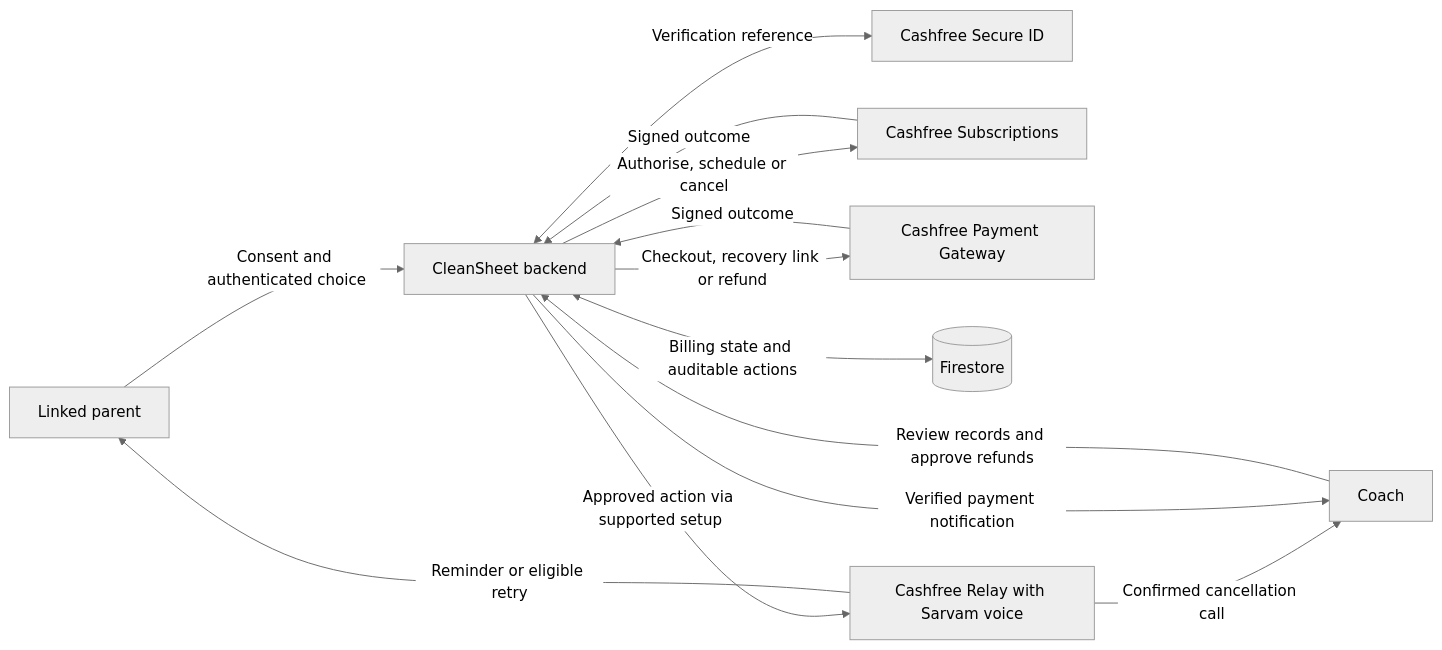
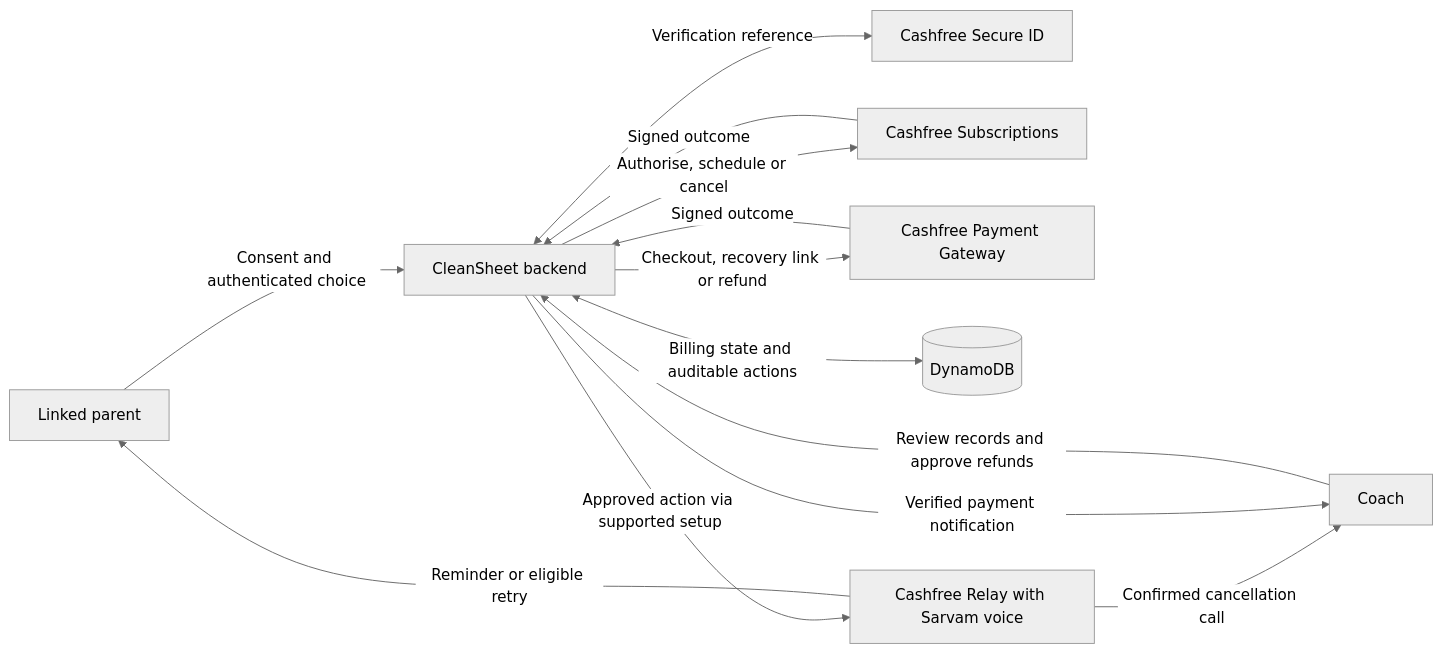
The first of 3 diagrams in docs/ARCHITECTURE.md (Srikanth-2004/Cleansheet), drawn with Mermaid (neutral theme) before and after one commit. The commit also changed other lines of this file and 34 other files, not shown here.

````diff
--- a/docs/ARCHITECTURE.md
+++ b/docs/ARCHITECTURE.md
@@ -7,15 +7,15 @@
 ```mermaid
 flowchart LR
     Parent["Linked parent"] -->|Consent and authenticated choice| App["CleanSheet backend"]
     Coach["Coach"] -->|Review records and approve refunds| App
     App <-->|Verification reference| Secure["Cashfree Secure ID"]
     App -->|Authorise, schedule or cancel| Sub["Cashfree Subscriptions"]
     App -->|Checkout, recovery link or refund| PG["Cashfree Payment Gateway"]
     Sub -->|Signed outcome| App
     PG -->|Signed outcome| App
-    App <-->|Billing state and auditable actions| Store[("Firestore")]
+    App <-->|Billing state and auditable actions| Store[("DynamoDB")]
     App -->|Approved action via supported setup| Relay["Cashfree Relay with Sarvam voice"]
     Relay -->|Reminder or eligible retry| Parent
     Relay -->|Confirmed cancellation call| Coach
     App -->|Verified payment notification| Coach
 ```
````
